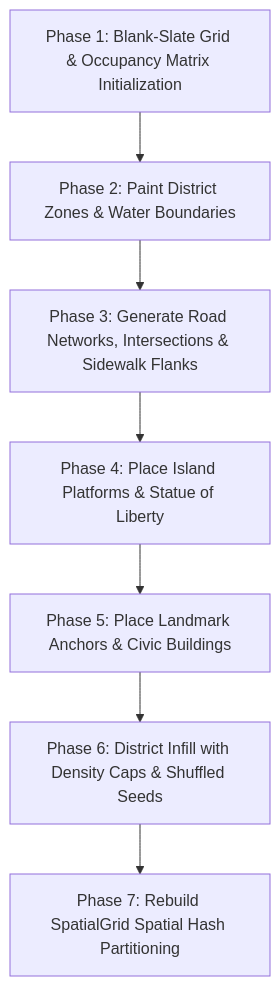
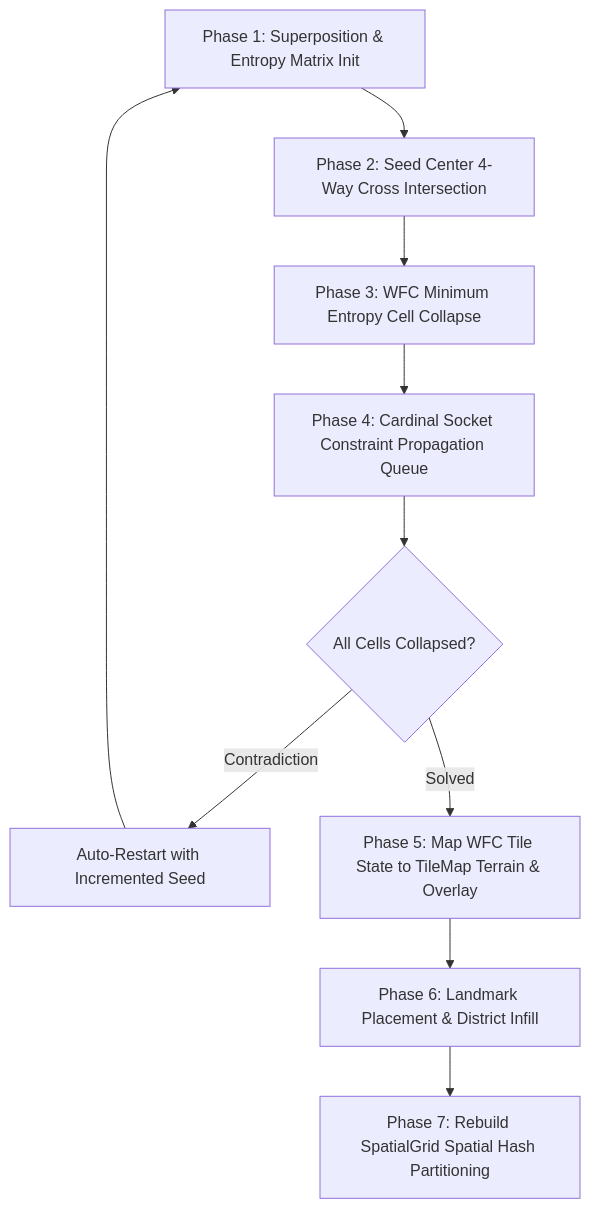
One commit to qlanduril/alienv2 changed the diagram in docs/04-city-generation-and-world-building.md. Above: the diagram before and after it, drawn with Mermaid. The commit also changed other lines of this file and 11 other files, not shown here.

Commit message:
WFC map generation borken need fix

````diff
--- a/docs/04-city-generation-and-world-building.md
+++ b/docs/04-city-generation-and-world-building.md
@@ -9,9 +9,12 @@
 ```mermaid
 flowchart TD
-    Phase1[Phase 1: Blank-Slate Grid & Occupancy Matrix Initialization] --> Phase2[Phase 2: Paint District Zones & Water Boundaries]
-    Phase2 --> Phase3[Phase 3: Generate Road Networks, Intersections & Sidewalk Flanks]
-    Phase3 --> Phase4[Phase 4: Place Island Platforms & Statue of Liberty]
-    Phase4 --> Phase5[Phase 5: Place Landmark Anchors & Civic Buildings]
-    Phase5 --> Phase6[Phase 6: District Infill with Density Caps & Shuffled Seeds]
+    Phase1[Phase 1: Superposition & Entropy Matrix Init] --> Phase2[Phase 2: Seed Center 4-Way Cross Intersection]
+    Phase2 --> Phase3[Phase 3: WFC Minimum Entropy Cell Collapse]
+    Phase3 --> Phase4[Phase 4: Cardinal Socket Constraint Propagation Queue]
+    Phase4 --> CheckSolved{All Cells Collapsed?}
+    CheckSolved -- Contradiction --> Restart[Auto-Restart with Incremented Seed]
+    Restart --> Phase1
+    CheckSolved -- Solved --> Phase5[Phase 5: Map WFC Tile State to TileMap Terrain & Overlay]
+    Phase5 --> Phase6[Phase 6: Landmark Placement & District Infill]
     Phase6 --> Phase7[Phase 7: Rebuild SpatialGrid Spatial Hash Partitioning]
 ```
````
